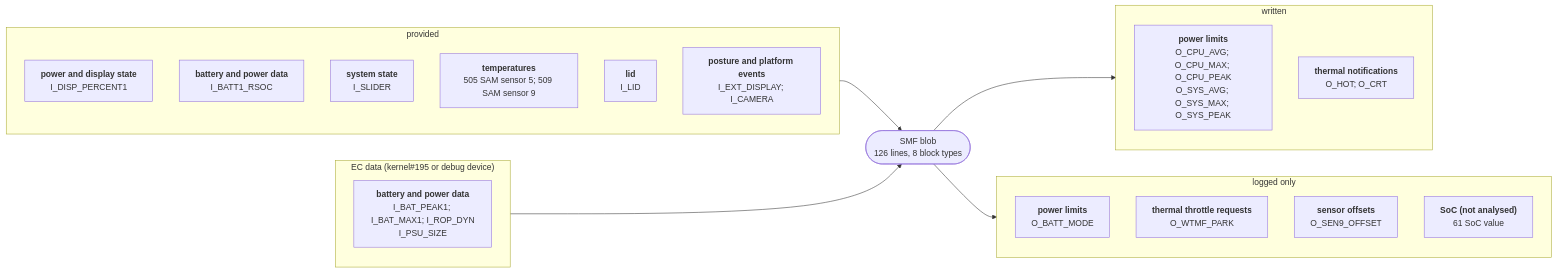
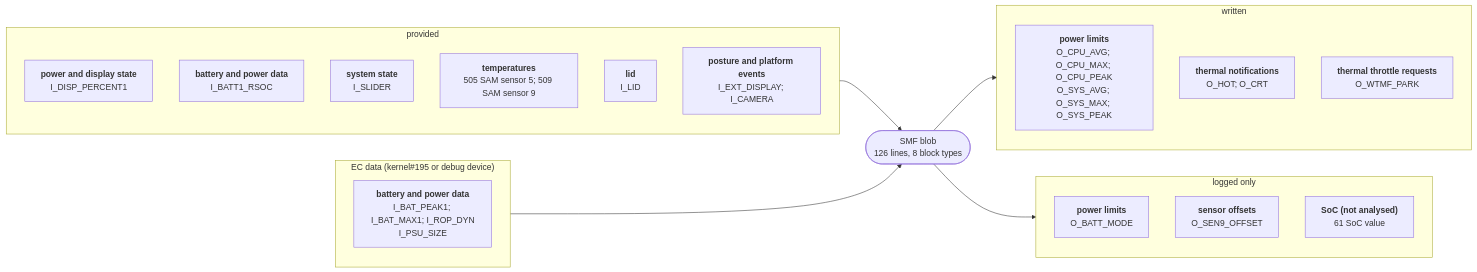
The diagram in docs/devices/surface-pro-7-plus.md (larsschellhas/linux-surface-power), drawn with Mermaid before and after one commit. The commit also changed other lines of this file and 36 other files, not shown here.

First line of the commit message:
Throttle requests through cpufreq/GPU caps; fan and charging outputs analysed

````diff
--- a/docs/devices/surface-pro-7-plus.md
+++ b/docs/devices/surface-pro-7-plus.md
@@ -20,29 +20,29 @@
 ```mermaid
 flowchart LR
     subgraph IN0["provided"]
         I0_1FB53D4C["<b>power and display state</b><br/>I_DISP_PERCENT1"]
         I0_28B7BD85["<b>battery and power data</b><br/>I_BATT1_RSOC"]
         I0_2DD6960F["<b>system state</b><br/>I_SLIDER"]
         I0_2E8B14C2["<b>temperatures</b><br/>505 SAM sensor 5; 509 SAM sensor 9"]
         I0_5D0EE597["<b>lid</b><br/>I_LID"]
         I0_8060B17F["<b>posture and platform events</b><br/>I_EXT_DISPLAY; I_CAMERA"]
     end
     IN0 --> B
     subgraph IN1["EC data (kernel#195 or debug device)"]
         I1_28B7BD85["<b>battery and power data</b><br/>I_BAT_PEAK1; I_BAT_MAX1; I_ROP_DYN<br/>I_PSU_SIZE"]
     end
     IN1 --> B
     B(["SMF blob<br/>126 lines, 8 block types"])
     subgraph OUT0["written"]
         O0_0B7B5350["<b>power limits</b><br/>O_CPU_AVG; O_CPU_MAX; O_CPU_PEAK<br/>O_SYS_AVG; O_SYS_MAX; O_SYS_PEAK"]
         O0_110DF2A4["<b>thermal notifications</b><br/>O_HOT; O_CRT"]
+        O0_9BBB8910["<b>thermal throttle requests</b><br/>O_WTMF_PARK"]
     end
     B --> OUT0
     subgraph OUT1["logged only"]
         O1_0B7B5350["<b>power limits</b><br/>O_BATT_MODE"]
-        O1_9BBB8910["<b>thermal throttle requests</b><br/>O_WTMF_PARK"]
         O1_A79674B4["<b>sensor offsets</b><br/>O_SEN9_OFFSET"]
         O1_CF2F6076["<b>SoC (not analysed)</b><br/>61 SoC value"]
     end
     B --> OUT1
 ```
````
